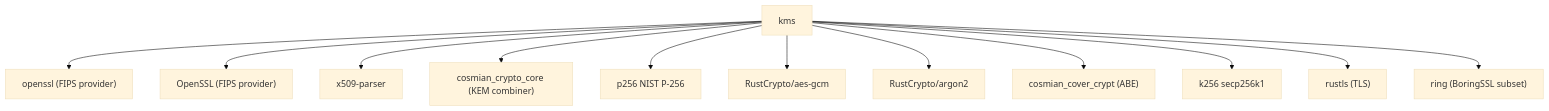
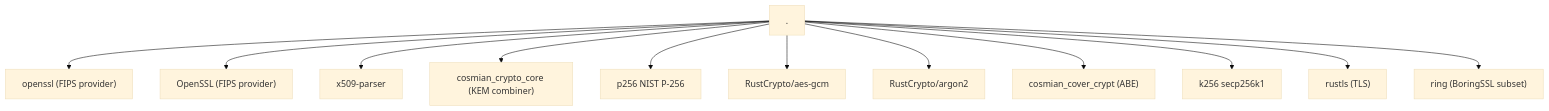
Before and after one commit to Cosmian/kms: the third of 5 diagrams in documentation/docs/certifications_and_compliance/audit/crypto_inventory.md, drawn with Mermaid (base theme). The commit also changed other lines of this file and 6 other files, not shown here.

````diff
--- a/documentation/docs/certifications_and_compliance/audit/crypto_inventory.md
+++ b/documentation/docs/certifications_and_compliance/audit/crypto_inventory.md
@@ -140,15 +140,15 @@
     ```mermaid
     flowchart TD
-        KMS["kms"]
-        KMS --> OPENSSL__FIPS_PROVIDER_["openssl (FIPS provider)"]
-        KMS --> OPENSSL["OpenSSL (FIPS provider)"]
-        KMS --> X509_PARSER["x509-parser"]
-        KMS --> COSMIAN_CRYPTO_CORE["cosmian_crypto_core (KEM combiner)"]
-        KMS --> P256["p256 NIST P-256"]
-        KMS --> AES_GCM["RustCrypto/aes-gcm"]
-        KMS --> ARGON2["RustCrypto/argon2"]
-        KMS --> COSMIAN_COVER_CRYPT["cosmian_cover_crypt (ABE)"]
-        KMS --> K256["k256 secp256k1"]
-        KMS --> RUSTLS["rustls (TLS)"]
-        KMS --> RING["ring (BoringSSL subset)"]
+        _["."]
+        _ --> OPENSSL__FIPS_PROVIDER_["openssl (FIPS provider)"]
+        _ --> OPENSSL["OpenSSL (FIPS provider)"]
+        _ --> X509_PARSER["x509-parser"]
+        _ --> COSMIAN_CRYPTO_CORE["cosmian_crypto_core (KEM combiner)"]
+        _ --> P256["p256 NIST P-256"]
+        _ --> AES_GCM["RustCrypto/aes-gcm"]
+        _ --> ARGON2["RustCrypto/argon2"]
+        _ --> COSMIAN_COVER_CRYPT["cosmian_cover_crypt (ABE)"]
+        _ --> K256["k256 secp256k1"]
+        _ --> RUSTLS["rustls (TLS)"]
+        _ --> RING["ring (BoringSSL subset)"]
     ```
````
